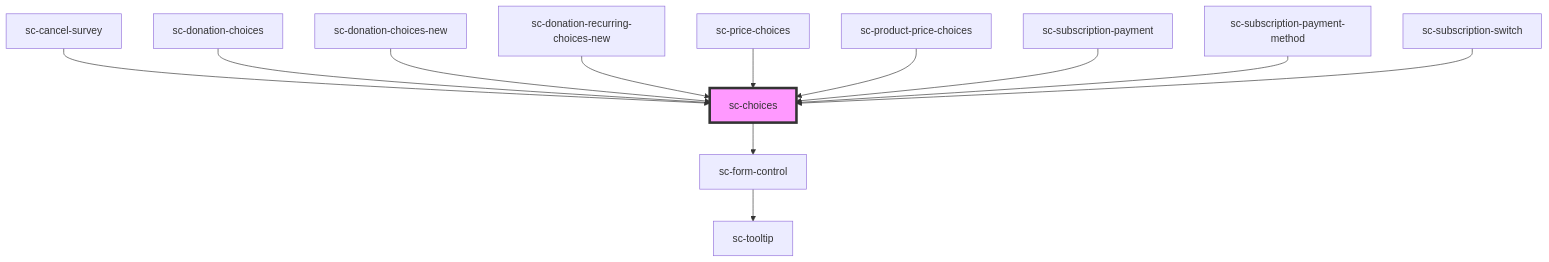
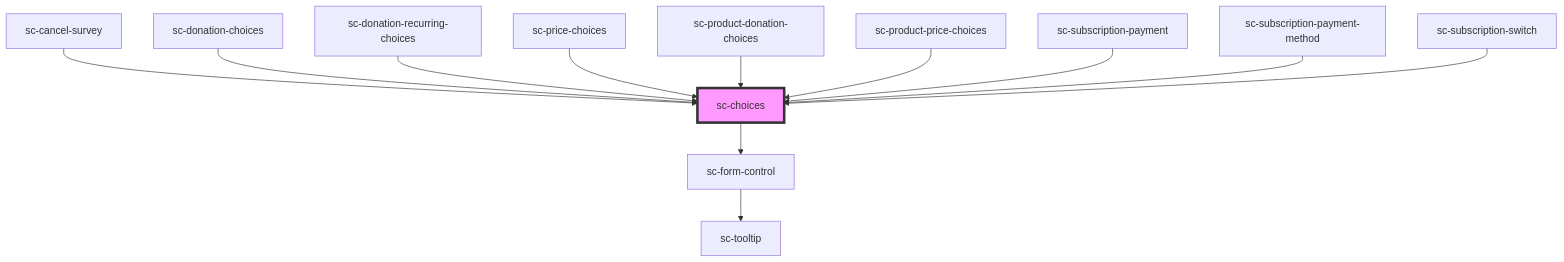
One commit to surecart/surecart-wp-plugin changed the diagram in packages/components/src/components/ui/choices/readme.md. Above: the diagram before and after it, drawn with Mermaid. The commit also changed other lines of this file and 32 other files, not shown here.

````diff
--- a/packages/components/src/components/ui/choices/readme.md
+++ b/packages/components/src/components/ui/choices/readme.md
@@ -66,15 +66,15 @@
 ```mermaid
 graph TD;
   sc-choices --> sc-form-control
   sc-form-control --> sc-tooltip
   sc-cancel-survey --> sc-choices
   sc-donation-choices --> sc-choices
-  sc-donation-choices-new --> sc-choices
-  sc-donation-recurring-choices-new --> sc-choices
+  sc-donation-recurring-choices --> sc-choices
   sc-price-choices --> sc-choices
+  sc-product-donation-choices --> sc-choices
   sc-product-price-choices --> sc-choices
   sc-subscription-payment --> sc-choices
   sc-subscription-payment-method --> sc-choices
   sc-subscription-switch --> sc-choices
   style sc-choices fill:#f9f,stroke:#333,stroke-width:4px
 ```
````
